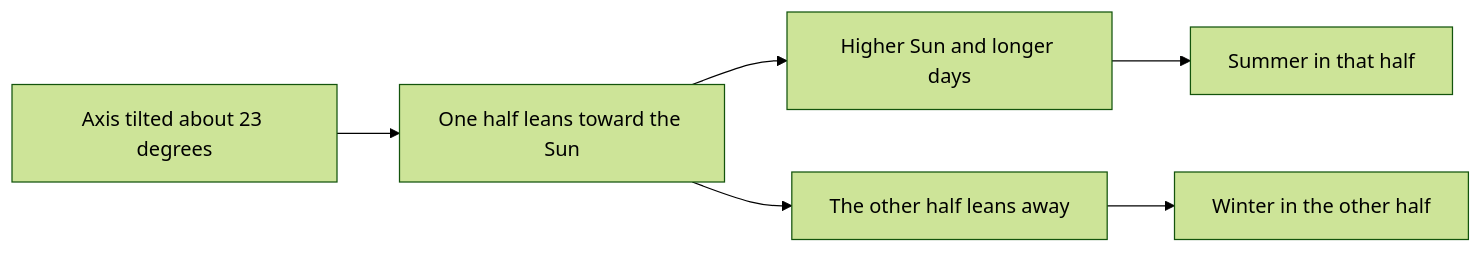
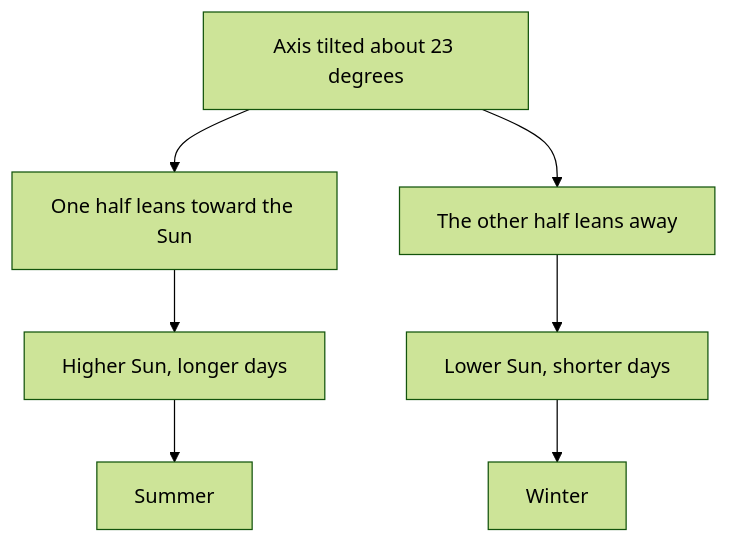
Before and after one commit to benthepsychologist/booklet-registry: the diagram in modules/tpl-study-guide.md, drawn with Mermaid (forest theme). The commit also changed other lines of this file and 3 other files, not shown here.

Commit message:
Templates: diagrams fit a narrow column (top-to-bottom), Allow note true on both Obsidian versions

````diff
--- a/modules/tpl-study-guide.md
+++ b/modules/tpl-study-guide.md
@@ -49,8 +49,9 @@
 ```mermaid
-flowchart LR
+flowchart TD
   A[Axis tilted about 23 degrees] --> B[One half leans toward the Sun]
-  B --> C[Higher Sun and longer days]
-  C --> D[Summer in that half]
-  B --> E[The other half leans away]
-  E --> F[Winter in the other half]
+  A --> E[The other half leans away]
+  B --> C[Higher Sun, longer days]
+  E --> G[Lower Sun, shorter days]
+  C --> D[Summer]
+  G --> F[Winter]
 ```
````
